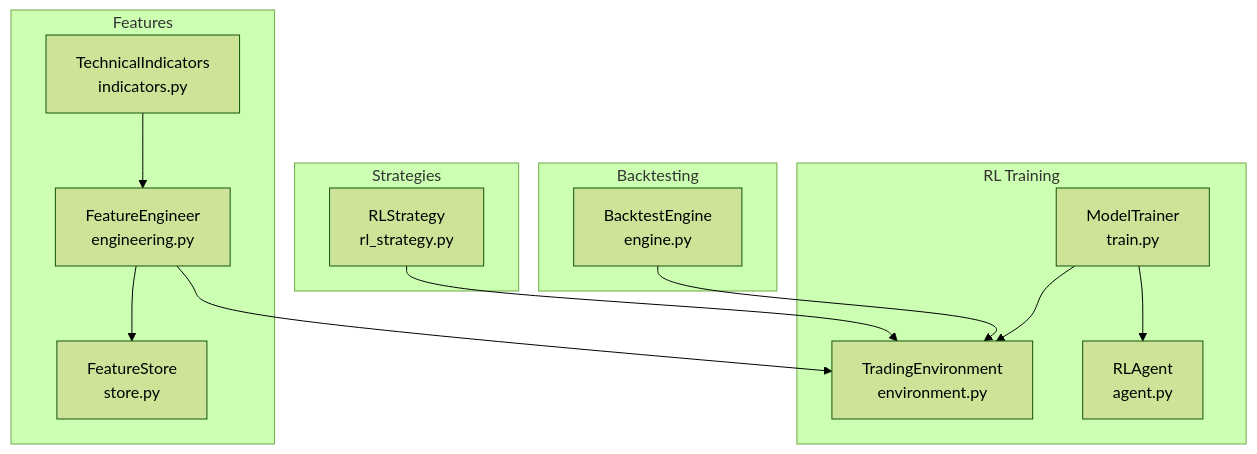
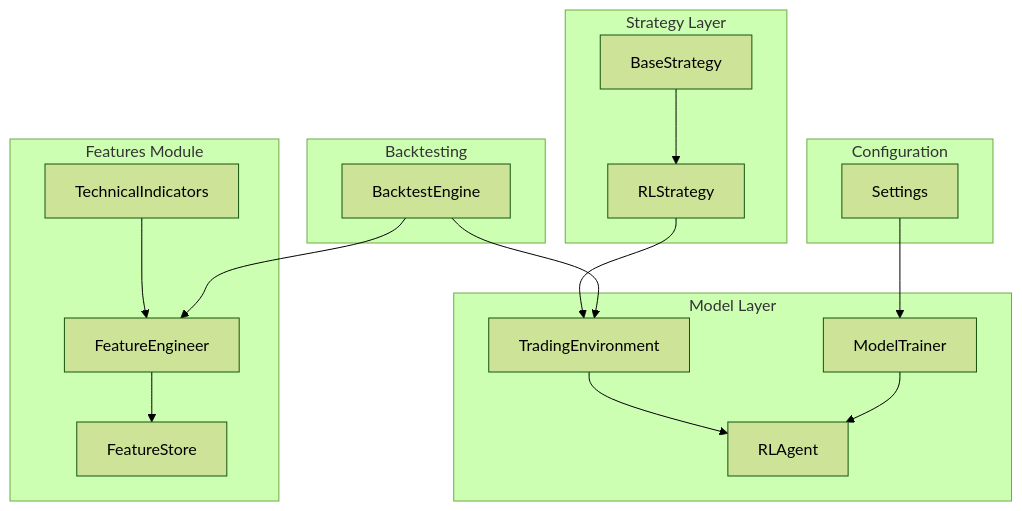
The first of 7 diagrams in .qoder/repowiki/en/content/Data Management/Technical Indicators.md (cavraeg-eng/Trading-App), drawn with Mermaid (forest theme) before and after one commit. The commit also changed other lines of this file and 50 other files, not shown here.

````diff
--- a/.qoder/repowiki/en/content/Data Management/Technical Indicators.md
+++ b/.qoder/repowiki/en/content/Data Management/Technical Indicators.md
@@ -35,26 +37,32 @@
 ```mermaid
 graph TB
-subgraph "Features"
-TI["TechnicalIndicators<br/>indicators.py"]
-FE["FeatureEngineer<br/>engineering.py"]
-FS["FeatureStore<br/>store.py"]
+subgraph "Features Module"
+A[TechnicalIndicators]
+B[FeatureEngineer]
+C[FeatureStore]
+end
+subgraph "Strategy Layer"
+D[BaseStrategy]
+E[RLStrategy]
+end
+subgraph "Model Layer"
+F[TradingEnvironment]
+G[RLAgent]
+H[ModelTrainer]
 end
 subgraph "Backtesting"
-BE["BacktestEngine<br/>engine.py"]
+I[BacktestEngine]
 end
-subgraph "RL Training"
-ENV["TradingEnvironment<br/>environment.py"]
-AG["RLAgent<br/>agent.py"]
-TR["ModelTrainer<br/>train.py"]
+subgraph "Configuration"
+J[Settings]
 end
-subgraph "Strategies"
-RS["RLStrategy<br/>rl_strategy.py"]
-end
-TI --> FE
-FE --> FS
-FE --> ENV
-RS --> ENV
-BE --> ENV
-TR --> ENV
-TR --> AG
+A --> B
+B --> C
+D --> E
+E --> F
+F --> G
+H --> G
+I --> F
+I --> B
+J --> H
 ```
````
